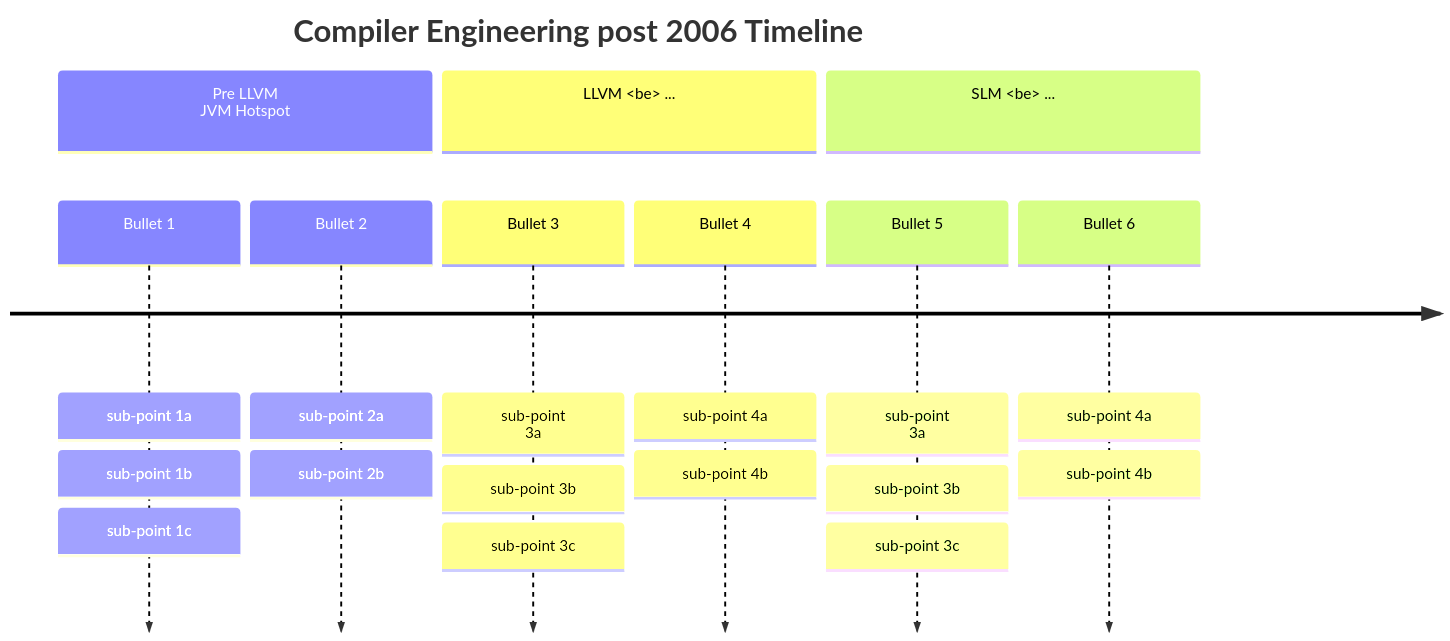
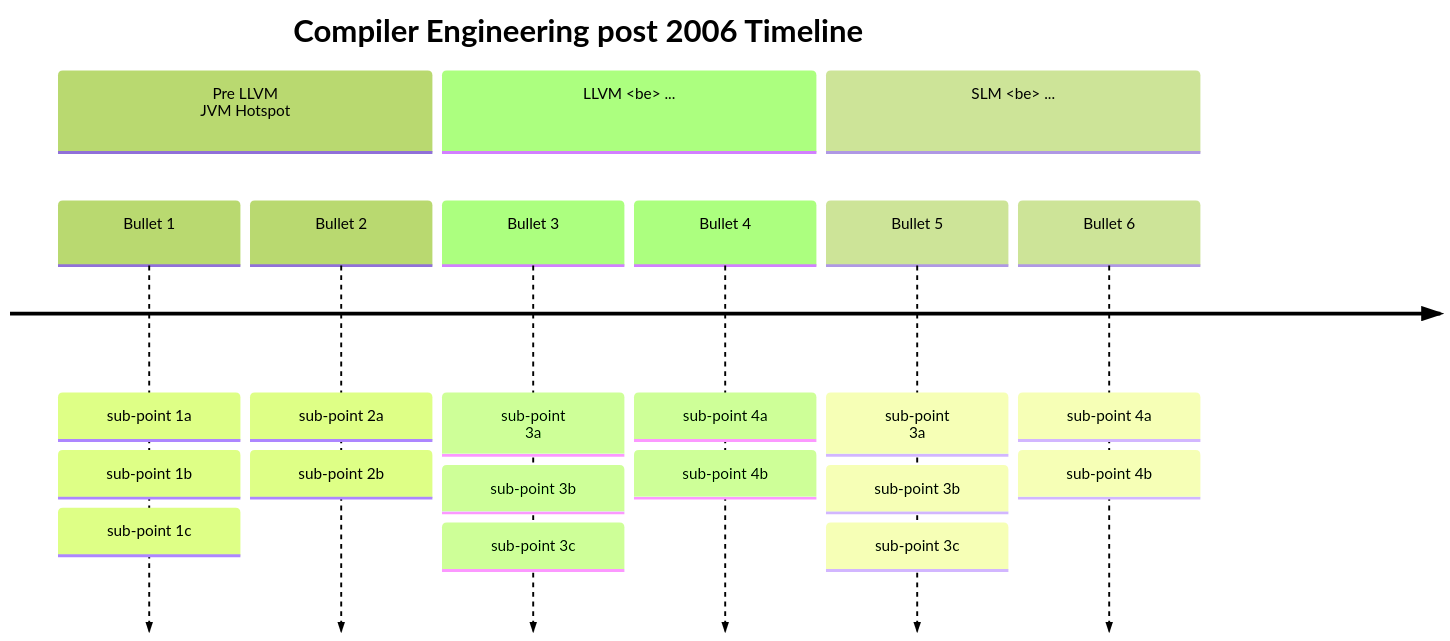
The first of 2 diagrams in compilers/compiler-book.md (sohale/cs-glossaries), drawn with Mermaid before and after one commit. The commit also changed other lines of this file, not shown here.

````diff
--- a/compilers/compiler-book.md
+++ b/compilers/compiler-book.md
@@ -44,17 +44,20 @@
 ```mermaid
+%%  forrest color theme
+%%{init: { 'logLevel': 'debug', 'theme': 'forest' } }%%
+
 timeline
         title Compiler Engineering post 2006 Timeline
         section Pre LLVM <br> JVM Hotspot
           Bullet 1 : sub-point 1a : sub-point 1b
                : sub-point 1c
           Bullet 2 : sub-point 2a : sub-point 2b
         section LLVM <be> ...
           Bullet 3 : sub-point <br> 3a : sub-point 3b
                : sub-point 3c
           Bullet 4 : sub-point 4a : sub-point 4b
         section SLM <be> ...
           Bullet 5 : sub-point <br> 3a : sub-point 3b
                : sub-point 3c
           Bullet 6 : sub-point 4a : sub-point 4b
 
 ```
````
